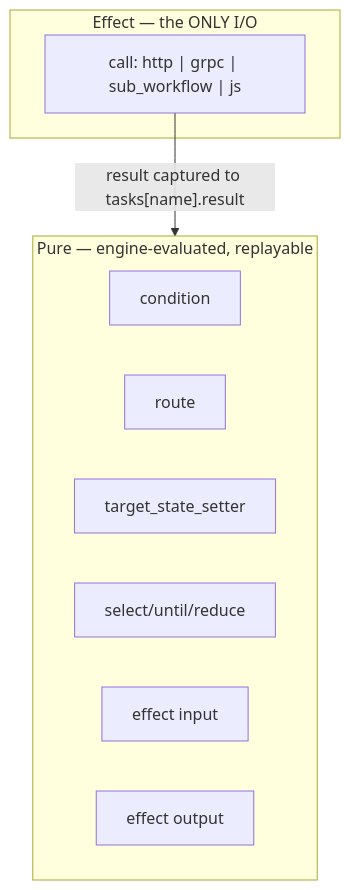
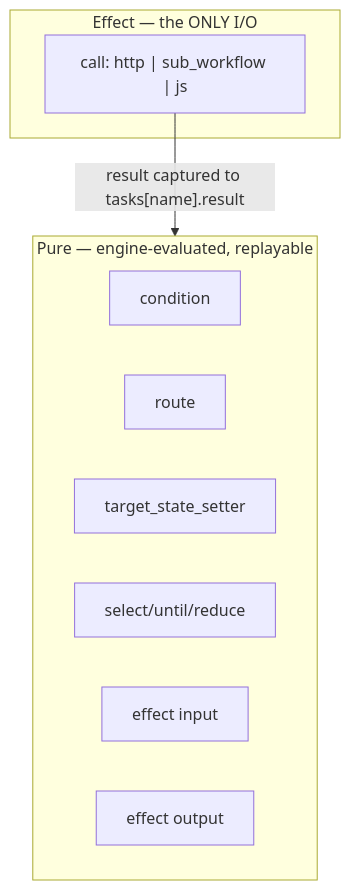
One commit to akh00/AFlow changed the third of 6 diagrams in docs/aflow-workflow-spec.md. Above: the diagram before and after it, drawn with Mermaid. The commit also changed other lines of this file, not shown here.

````diff
--- a/docs/aflow-workflow-spec.md
+++ b/docs/aflow-workflow-spec.md
@@ -228,11 +246,11 @@
 ```mermaid
 flowchart TD
     subgraph Pure["Pure — engine-evaluated, replayable"]
       C[condition] & Rt[route] & Ts[target_state_setter]
       Sel[select/until/reduce] & In[effect input] & Out[effect output]
     end
     subgraph Effect["Effect — the ONLY I/O"]
-      Call["call: http | grpc | sub_workflow | js"]
+      Call["call: http | sub_workflow | js"]
     end
     Call -->|"result captured to tasks[name].result"| Pure
 ```
````
